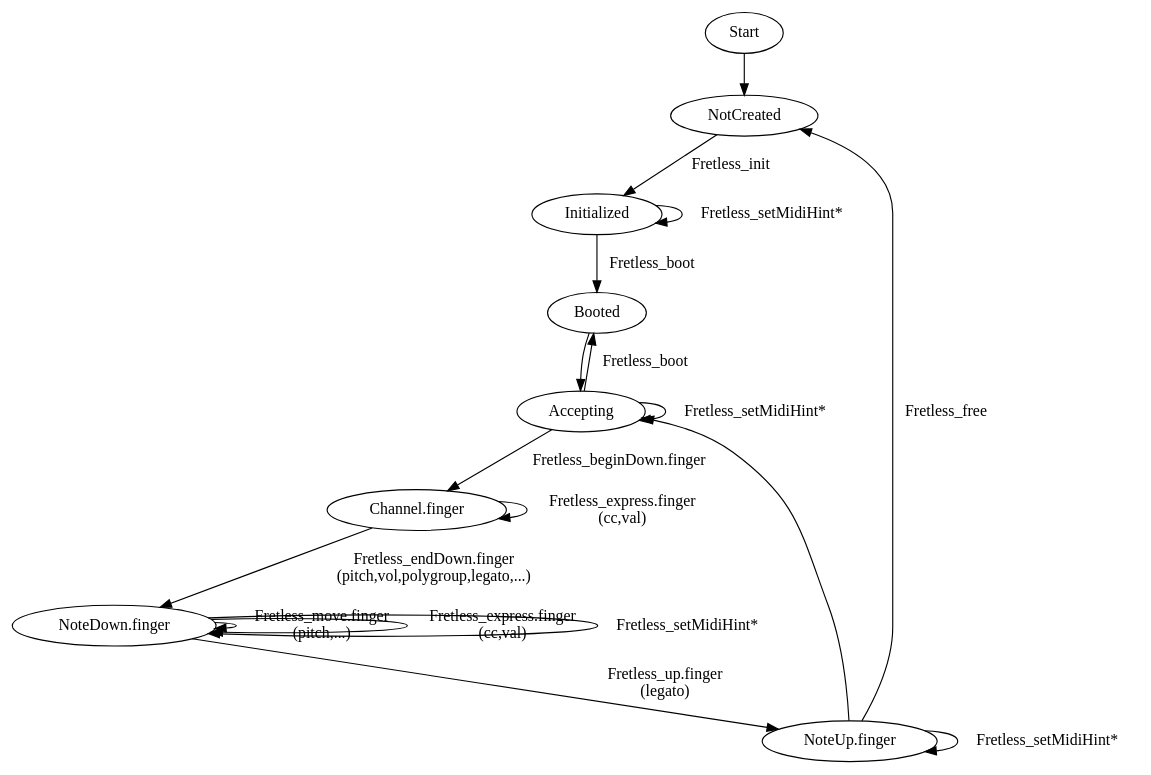
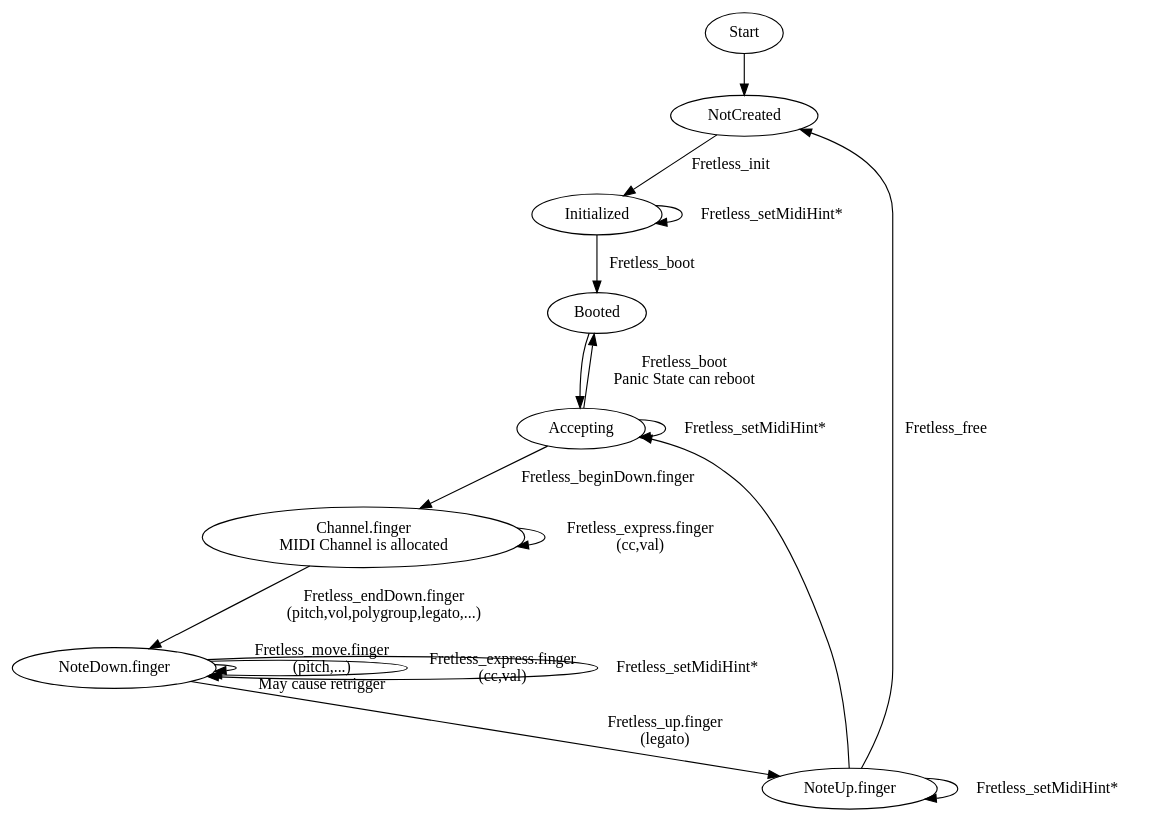
One commit to rfielding/AlephOne changed the diagram in fretless.gv. Above: the diagram before and after it, drawn with Graphviz. The commit also changed 1 other file, not shown here.

Commit message:
Add in the legal state machine for Fretless calls

```diff
--- a/fretless.gv
+++ b/fretless.gv
@@ -1,28 +1,28 @@
 digraph {
   start [label="Start"];
   notcreated [label="NotCreated"];
   initialized [label="Initialized"];
   boot [label="Booted"];
   accepting [label="Accepting"];
-  channelallocated [label="Channel.finger"];
+  channelallocated [label="Channel.finger\nMIDI Channel is allocated"];
   notedown [label="NoteDown.finger"];
   noteup [label="NoteUp.finger"];
 
   start -> notcreated;
   notcreated -> initialized [label="Fretless_init"];
   initialized -> boot [label="Fretless_boot"];
   boot -> accepting; 
   accepting -> channelallocated [label="Fretless_beginDown.finger"];
   channelallocated -> notedown [label="Fretless_endDown.finger\n(pitch,vol,polygroup,legato,...)"];
   channelallocated -> channelallocated [label="Fretless_express.finger\n(cc,val)"];
-  notedown -> notedown [label="Fretless_move.finger\n(pitch,...)"];
+  notedown -> notedown [label="Fretless_move.finger\n(pitch,...)\nMay cause retrigger"];
   notedown -> notedown [label="Fretless_express.finger\n(cc,val)"];
   notedown -> noteup [label="Fretless_up.finger\n(legato)"];
   noteup -> accepting
   noteup -> notcreated [label="Fretless_free"];
-  accepting -> boot [label="Fretless_boot"];
+  accepting -> boot [label="Fretless_boot\nPanic State can reboot"];
   initialized -> initialized [label="Fretless_setMidiHint*"];
   accepting -> accepting [label="Fretless_setMidiHint*"];
   notedown -> notedown [label="Fretless_setMidiHint*"];
   noteup -> noteup [label="Fretless_setMidiHint*"];
 }
```
